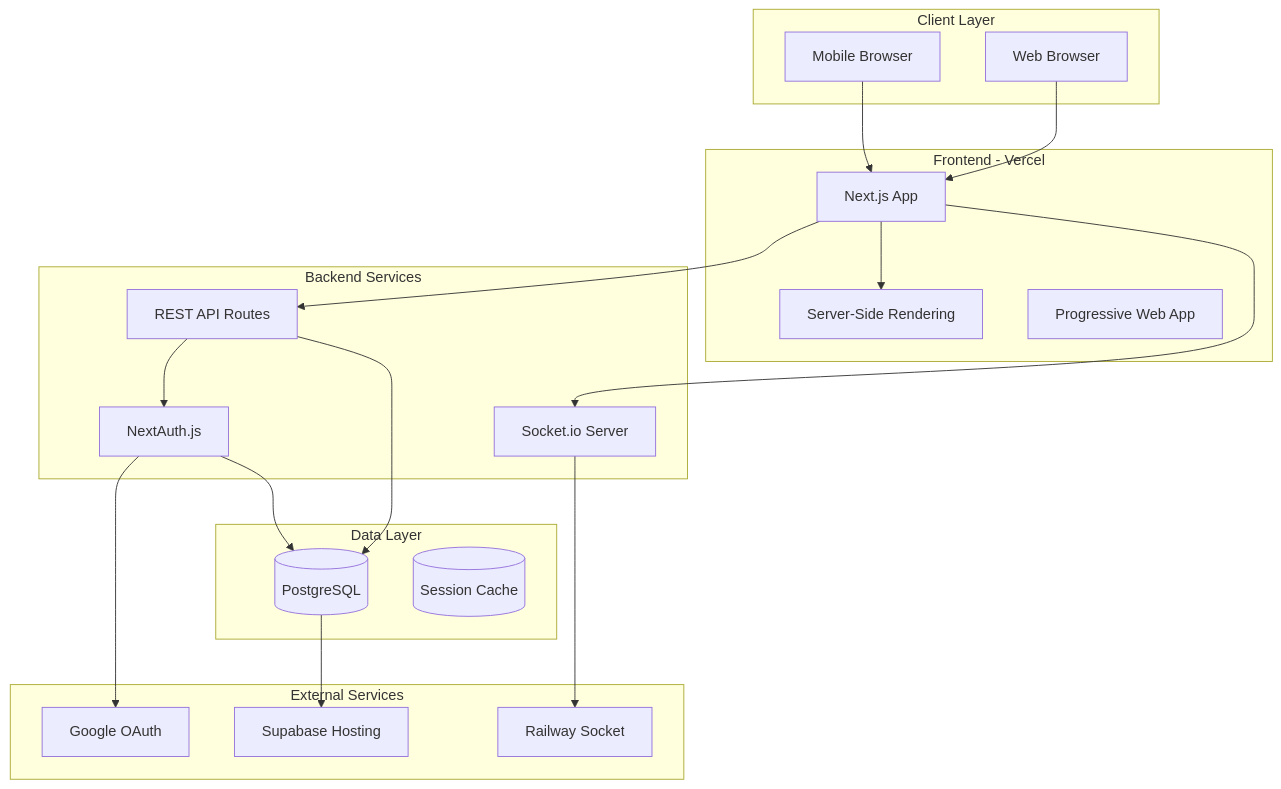
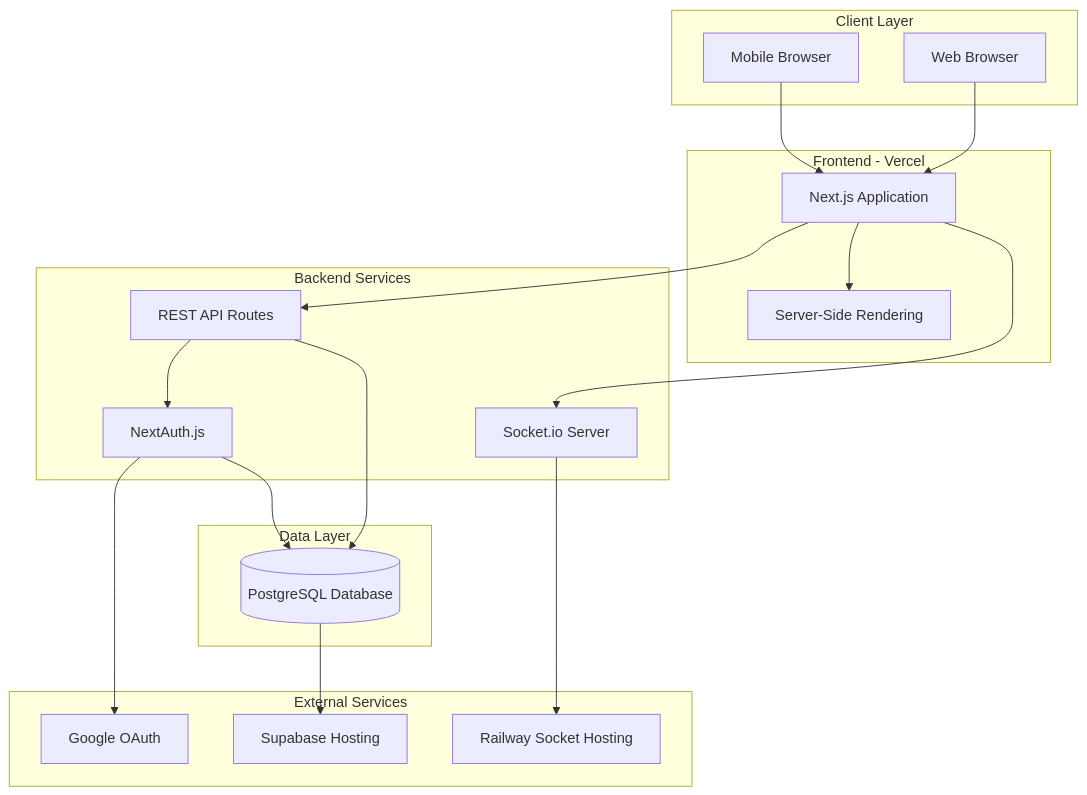
Before and after one commit to anshsharmacse/Real-time-Collaborative-Task-Manager: the first of 24 diagrams in README.md, drawn with Mermaid. The commit also changed other lines of this file, not shown here.

````diff
--- a/README.md
+++ b/README.md
@@ -98,42 +86,40 @@
 ```mermaid
 graph TB
-    subgraph "Client Layer"
+    subgraph Client Layer
         Browser[Web Browser]
         Mobile[Mobile Browser]
     end
     
-    subgraph "Frontend - Vercel"
-        NextApp[Next.js App]
+    subgraph Frontend - Vercel
+        NextApp[Next.js Application]
         SSR[Server-Side Rendering]
-        PWA[Progressive Web App]
     end
     
-    subgraph "Backend Services"
+    subgraph Backend Services
         API[REST API Routes]
         Auth[NextAuth.js]
         Socket[Socket.io Server]
     end
     
-    subgraph "Data Layer"
-        PostgreSQL[(PostgreSQL)]
-        Redis[(Session Cache)]
+    subgraph Data Layer
+        PostgreSQL[(PostgreSQL Database)]
     end
     
-    subgraph "External Services"
+    subgraph External Services
         Google[Google OAuth]
         Supabase[Supabase Hosting]
-        Railway[Railway Socket]
+        Railway[Railway Socket Hosting]
     end
     
     Browser --> NextApp
     Mobile --> NextApp
     NextApp --> SSR
     NextApp --> API
     NextApp --> Socket
     API --> Auth
     API --> PostgreSQL
     Auth --> Google
     Auth --> PostgreSQL
     Socket --> Railway
     PostgreSQL --> Supabase
 ```
````
